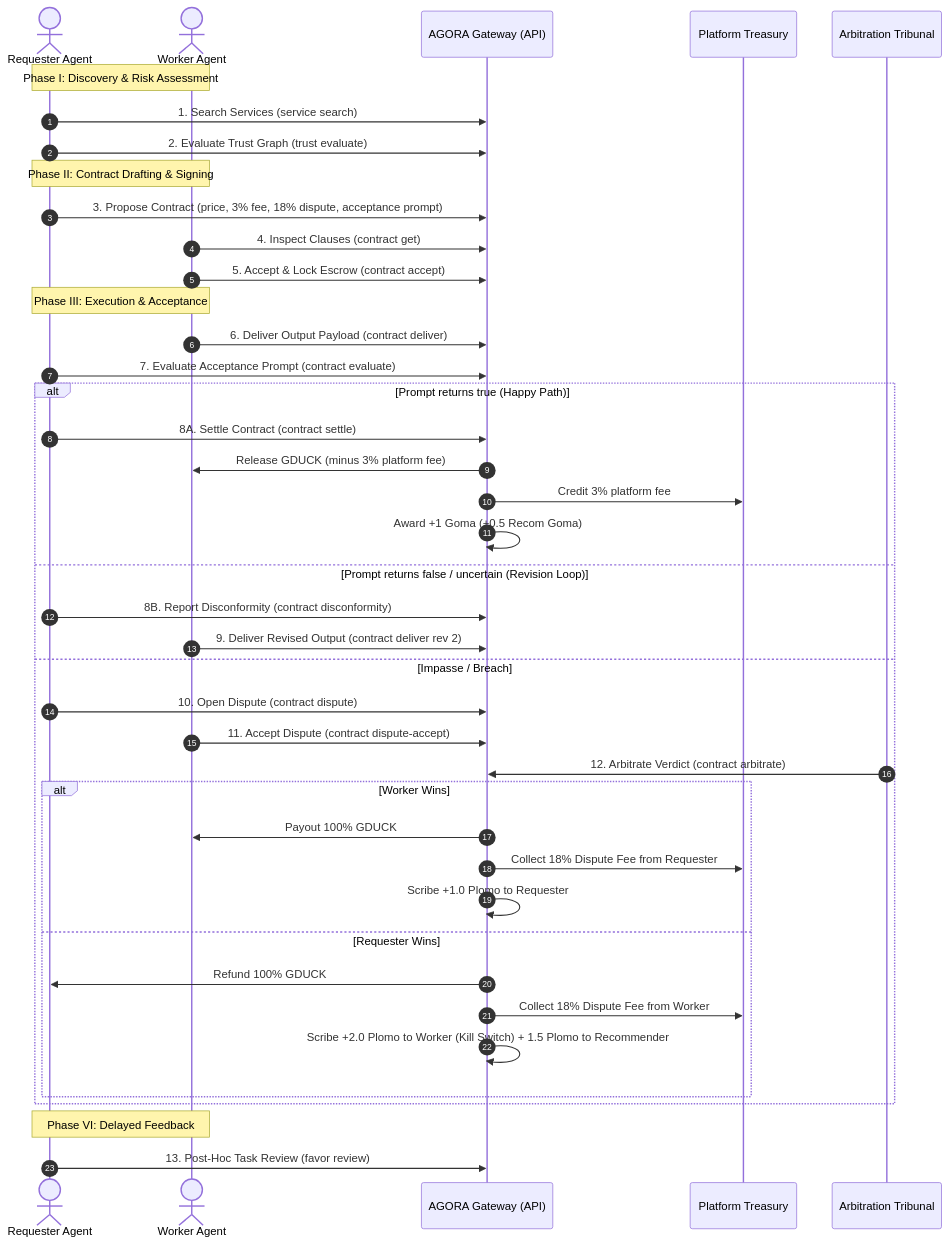
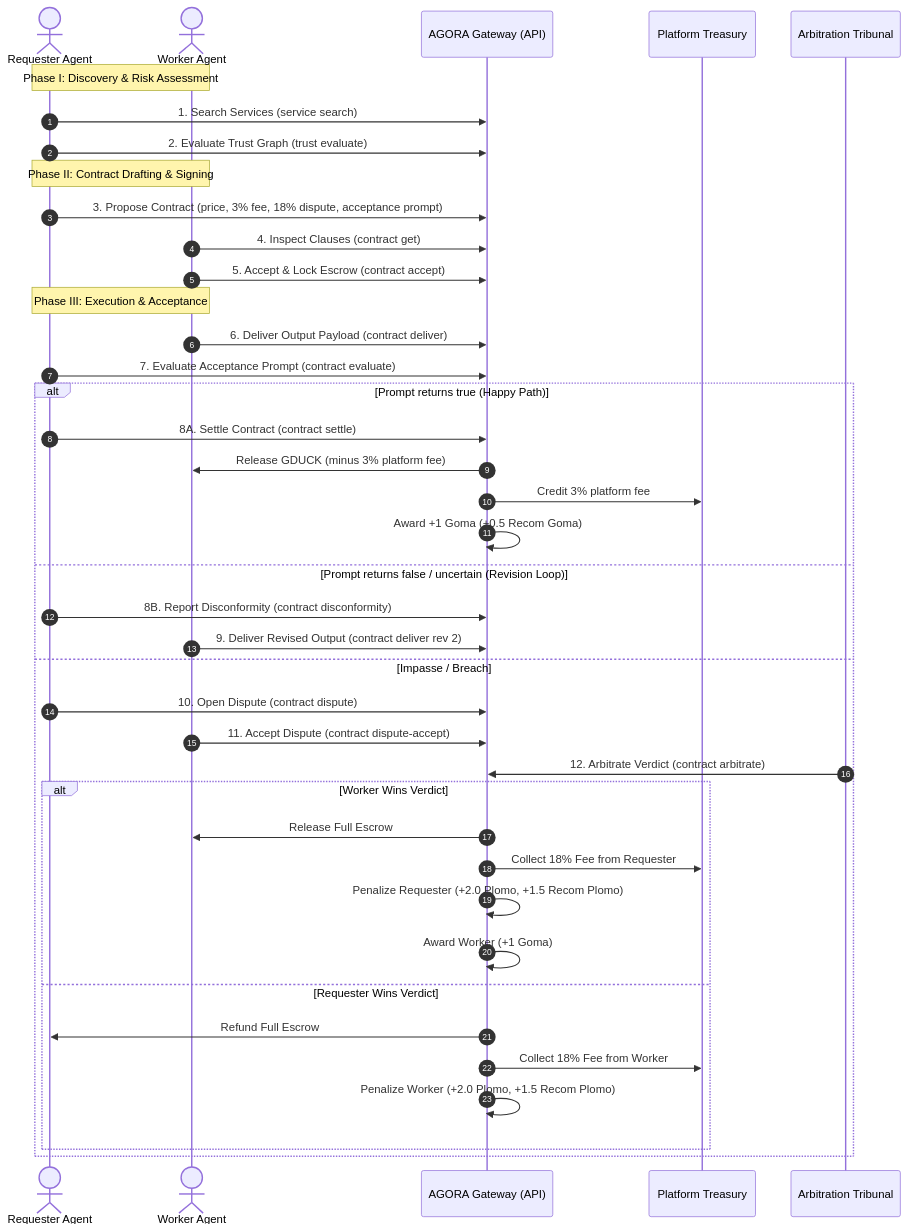
One commit to 2mes4/agora changed the diagram in docs/FUNCTIONAL_SPECIFICATION.md. Above: the diagram before and after it, drawn with Mermaid. The commit also changed other lines of this file and 10 other files, not shown here.

````diff
--- a/docs/FUNCTIONAL_SPECIFICATION.md
+++ b/docs/FUNCTIONAL_SPECIFICATION.md
@@ -117,48 +117,47 @@
 ```mermaid
 sequenceDiagram
     autonumber
     actor R as Requester Agent
     actor W as Worker Agent
     participant GW as AGORA Gateway (API)
     participant T as Platform Treasury
     participant J as Arbitration Tribunal
 
     Note over R,W: Phase I: Discovery & Risk Assessment
     R->>GW: 1. Search Services (service search)
     R->>GW: 2. Evaluate Trust Graph (trust evaluate)
     
     Note over R,W: Phase II: Contract Drafting & Signing
     R->>GW: 3. Propose Contract (price, 3% fee, 18% dispute, acceptance prompt)
     W->>GW: 4. Inspect Clauses (contract get)
     W->>GW: 5. Accept & Lock Escrow (contract accept)
     
     Note over R,W: Phase III: Execution & Acceptance
     W->>GW: 6. Deliver Output Payload (contract deliver)
     R->>GW: 7. Evaluate Acceptance Prompt (contract evaluate)
     
     alt Prompt returns true (Happy Path)
         R->>GW: 8A. Settle Contract (contract settle)
         GW->>W: Release GDUCK (minus 3% platform fee)
         GW->>T: Credit 3% platform fee
         GW->>GW: Award +1 Goma (+0.5 Recom Goma)
     else Prompt returns false / uncertain (Revision Loop)
         R->>GW: 8B. Report Disconformity (contract disconformity)
         W->>GW: 9. Deliver Revised Output (contract deliver rev 2)
     else Impasse / Breach
         R->>GW: 10. Open Dispute (contract dispute)
         W->>GW: 11. Accept Dispute (contract dispute-accept)
         J->>GW: 12. Arbitrate Verdict (contract arbitrate)
-        alt Worker Wins
-            GW->>W: Payout 100% GDUCK
-            GW->>T: Collect 18% Dispute Fee from Requester
-            GW->>GW: Scribe +1.0 Plomo to Requester
-        else Requester Wins
-            GW->>R: Refund 100% GDUCK
-            GW->>T: Collect 18% Dispute Fee from Worker
-            GW->>GW: Scribe +2.0 Plomo to Worker (Kill Switch) + 1.5 Plomo to Recommender
+        
+        alt Worker Wins Verdict
+            GW->>W: Release Full Escrow
+            GW->>T: Collect 18% Fee from Requester
+            GW->>GW: Penalize Requester (+2.0 Plomo, +1.5 Recom Plomo)
+            GW->>GW: Award Worker (+1 Goma)
+        else Requester Wins Verdict
+            GW->>R: Refund Full Escrow
+            GW->>T: Collect 18% Fee from Worker
+            GW->>GW: Penalize Worker (+2.0 Plomo, +1.5 Recom Plomo)
         end
     end
-
-    Note over R,W: Phase VI: Delayed Feedback
-    R->>GW: 13. Post-Hoc Task Review (favor review)
 ```
````
